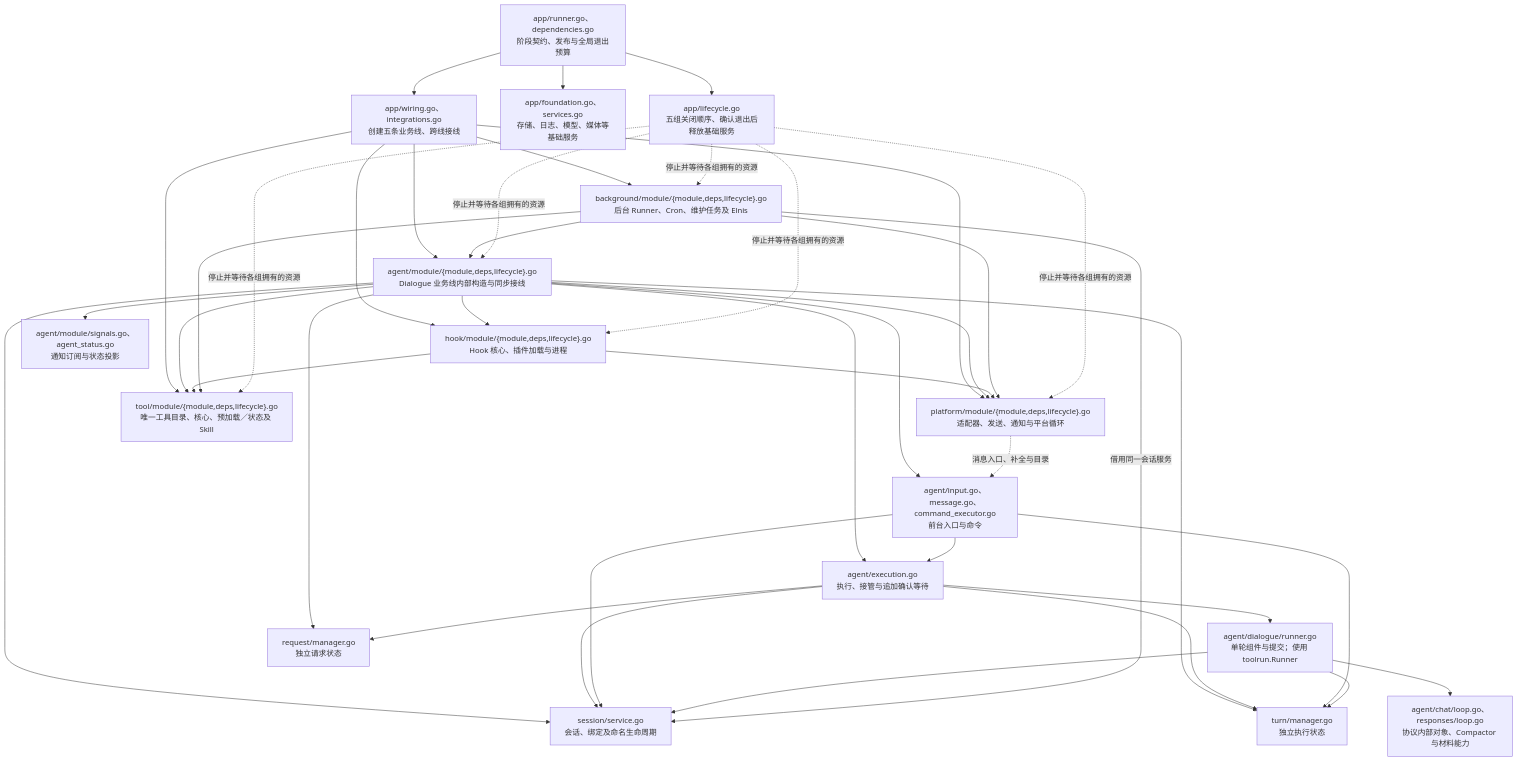
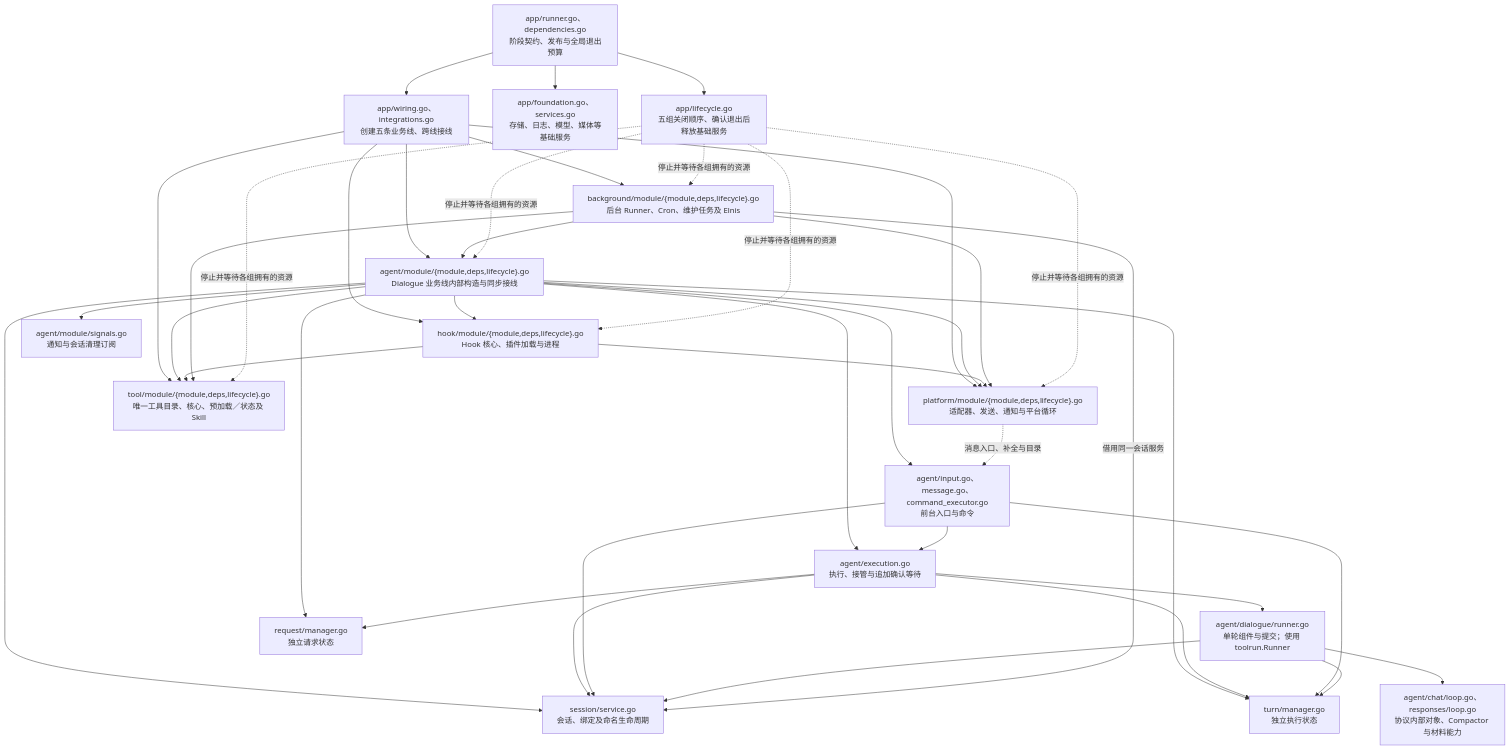
One commit to Elflare/elbot changed the first of 6 diagrams in devdocs/architecture.md. Above: the diagram before and after it, drawn with Mermaid. The commit also changed other lines of this file and 77 other files, not shown here.

````diff
--- a/devdocs/architecture.md
+++ b/devdocs/architecture.md
@@ -31,37 +31,37 @@
 ```mermaid
 flowchart TB
     A["app/runner.go、dependencies.go<br/>阶段契约、发布与全局退出预算"]
     W["app/wiring.go、integrations.go<br/>创建五条业务线、跨线接线"]
     F["app/foundation.go、services.go<br/>存储、日志、模型、媒体等基础服务"]
     L["app/lifecycle.go<br/>五组关闭顺序、确认退出后释放基础服务"]
     P["platform/module/{module,deps,lifecycle}.go<br/>适配器、发送、通知与平台循环"]
     T["tool/module/{module,deps,lifecycle}.go<br/>唯一工具目录、核心、预加载／状态及 Skill"]
     H["hook/module/{module,deps,lifecycle}.go<br/>Hook 核心、插件加载与进程"]
     D["agent/module/{module,deps,lifecycle}.go<br/>Dialogue 业务线内部构造与同步接线"]
     B["background/module/{module,deps,lifecycle}.go<br/>后台 Runner、Cron、维护任务及 Elnis"]
     I["agent/input.go、message.go、command_executor.go<br/>前台入口与命令"]
     E["agent/execution.go<br/>执行、接管与追加确认等待"]
     R["agent/dialogue/runner.go<br/>单轮组件与提交；使用 toolrun.Runner"]
     Q["agent/chat/loop.go、responses/loop.go<br/>协议内部对象、Compactor 与材料能力"]
     S["session/service.go<br/>会话、绑定及命名生命周期"]
     RE["request/manager.go<br/>独立请求状态"]
     TU["turn/manager.go<br/>独立执行状态"]
-    O["agent/module/signals.go、agent_status.go<br/>通知订阅与状态投影"]
+    O["agent/module/signals.go<br/>通知与会话清理订阅"]
     A --> W
     A --> F
     A --> L
     W --> P & T & H & D & B
     D --> T & H & P
     H --> T & P
     B --> D & T & P
     D --> I & E & S & RE & TU & O
     I --> E
     E --> R
     E --> S & RE & TU
     I --> S & TU
     R --> S & TU
     R --> Q
     B -->|借用同一会话服务| S
     P -.->|消息入口、补全与目录| I
     L -.->|停止并等待各组拥有的资源| P & B & D & H & T
 ```
````
